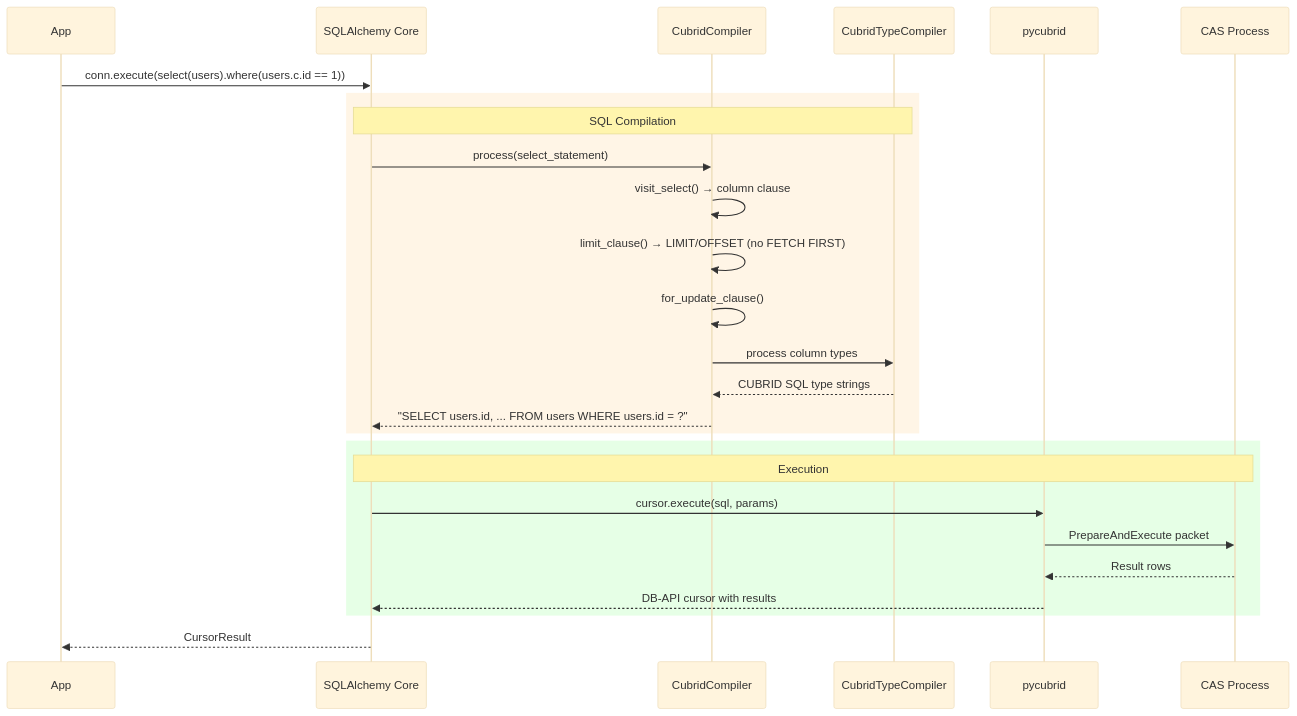
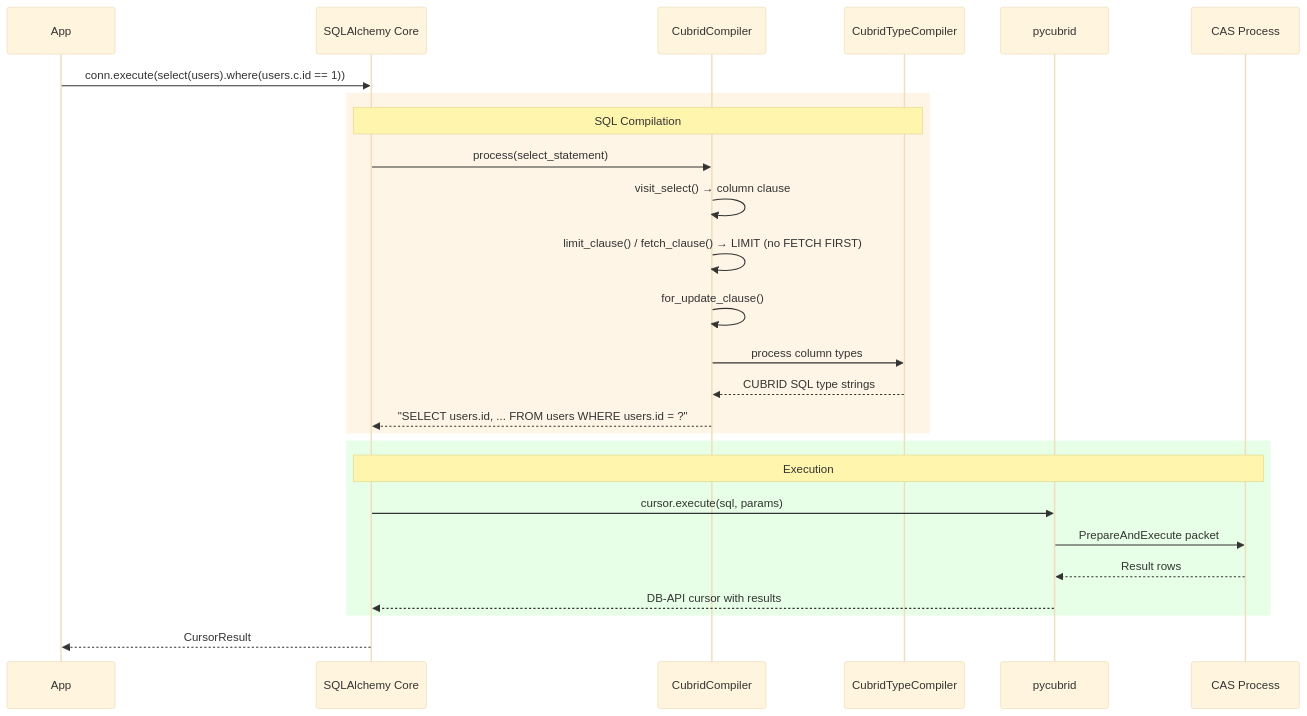
One commit to cubrid-lab/sqlalchemy-cubrid changed the second of 6 diagrams in docs/ARCHITECTURE.md. Above: the diagram before and after it, drawn with Mermaid (base theme). The commit also changed 8 other files, not shown here.

First line of the commit message:
fix(compiler): render Select.fetch() as LIMIT

````diff
--- a/docs/ARCHITECTURE.md
+++ b/docs/ARCHITECTURE.md
@@ -62,29 +62,29 @@
 ```mermaid
 sequenceDiagram
     participant App
     participant SA as SQLAlchemy Core
     participant Compiler as CubridCompiler
     participant TypeCompiler as CubridTypeCompiler
     participant Driver as pycubrid
     participant CAS as CAS Process
     
     App->>SA: conn.execute(select(users).where(users.c.id == 1))
     rect rgb(255, 245, 230)
       note over SA, TypeCompiler: SQL Compilation
       SA->>Compiler: process(select_statement)
       Compiler->>Compiler: visit_select() → column clause
-      Compiler->>Compiler: limit_clause() → LIMIT/OFFSET (no FETCH FIRST)
+      Compiler->>Compiler: limit_clause() / fetch_clause() → LIMIT (no FETCH FIRST)
       Compiler->>Compiler: for_update_clause()
       Compiler->>TypeCompiler: process column types
       TypeCompiler-->>Compiler: CUBRID SQL type strings
       Compiler-->>SA: "SELECT users.id, ... FROM users WHERE users.id = ?"
     end
     rect rgb(230, 255, 230)
       note over SA, CAS: Execution
       SA->>Driver: cursor.execute(sql, params)
       Driver->>CAS: PrepareAndExecute packet
       CAS-->>Driver: Result rows
       Driver-->>SA: DB-API cursor with results
     end
     SA-->>App: CursorResult
 ```
````
